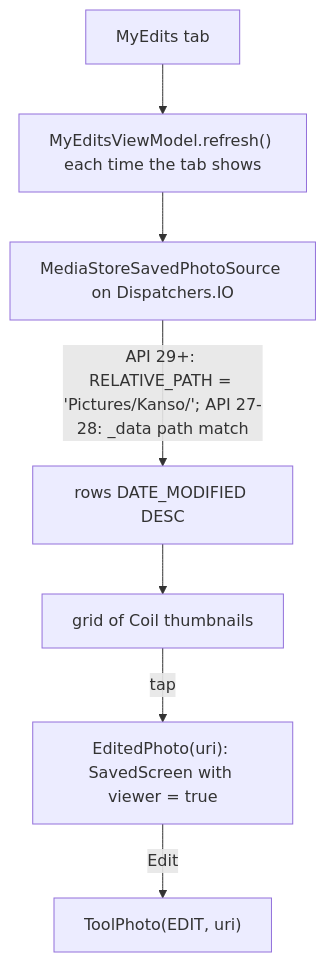
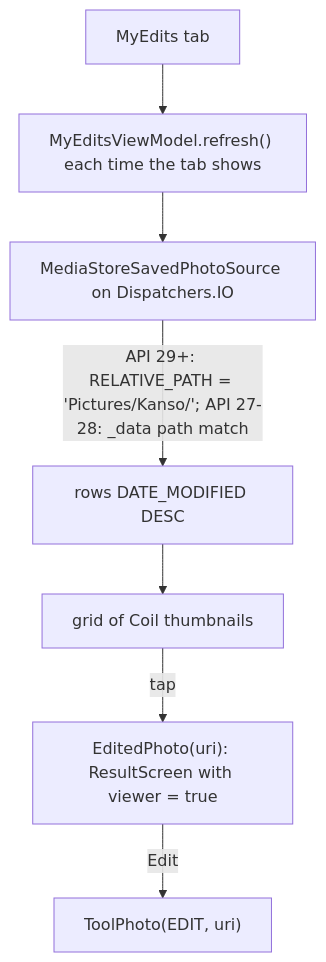
One commit to Phong-Kaster/Kanso changed the diagram in docs/features/my-edits.md. Above: the diagram before and after it, drawn with Mermaid. The commit also changed other lines of this file and 39 other files, not shown here.

````diff
--- a/docs/features/my-edits.md
+++ b/docs/features/my-edits.md
@@ -37,9 +37,9 @@
 ```mermaid
 flowchart TD
     A["MyEdits tab"] --> B["MyEditsViewModel.refresh() each time the tab shows"]
     B --> C["MediaStoreSavedPhotoSource on Dispatchers.IO"]
     C -->|"API 29+: RELATIVE_PATH = 'Pictures/Kanso/'; API 27-28: _data path match"| D["rows DATE_MODIFIED DESC"]
     D --> E["grid of Coil thumbnails"]
-    E -->|tap| F["EditedPhoto(uri): SavedScreen with viewer = true"]
+    E -->|tap| F["EditedPhoto(uri): ResultScreen with viewer = true"]
     F -->|Edit| G["ToolPhoto(EDIT, uri)"]
 ```
````
